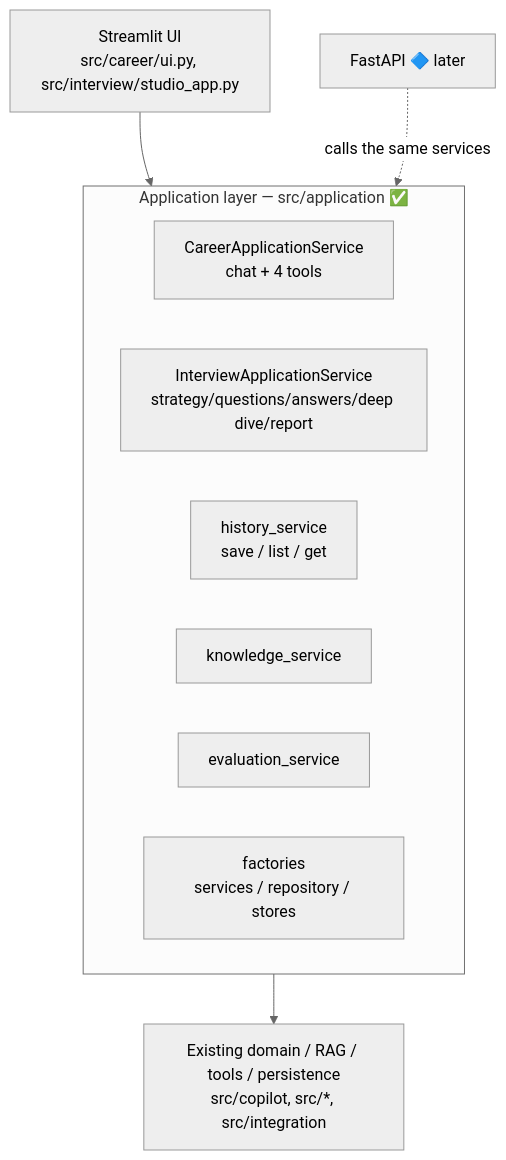
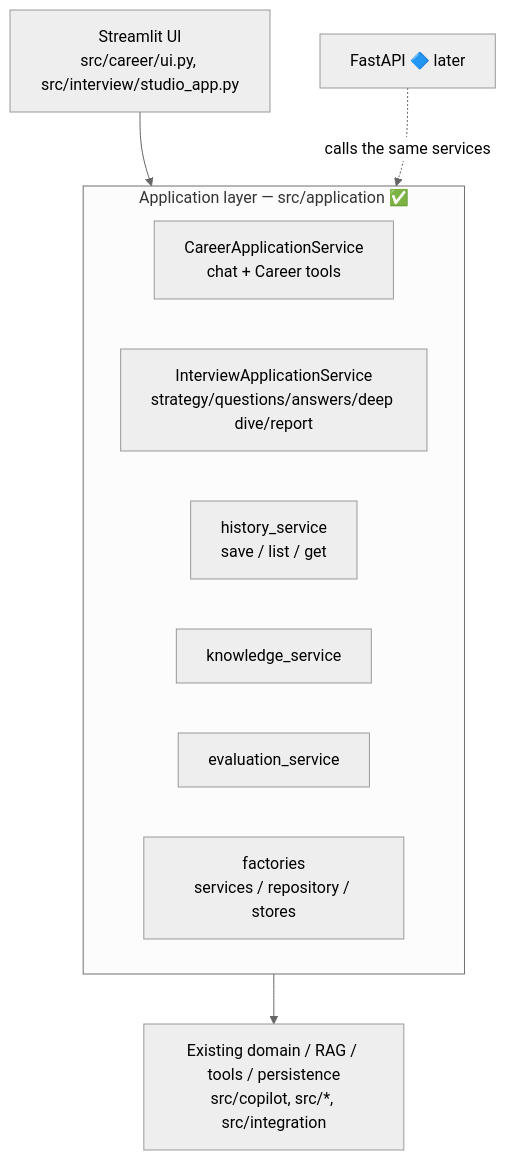
Before and after one commit to moaltamimi-unbiasedtalent/Intelligent-Interview-Coach: the third of 12 diagrams in docs/sprint4_architecture.md, drawn with Mermaid (neutral theme). The commit also changed other lines of this file and 49 other files, not shown here.

First line of the commit message:
docs: P10B-W9.11 reconcile architecture and documentation with implementation

````diff
--- a/docs/sprint4_architecture.md
+++ b/docs/sprint4_architecture.md
@@ -165,14 +237,14 @@
 ```mermaid
 flowchart TD
     ST[Streamlit UI<br/>src/career/ui.py, src/interview/studio_app.py] --> APP
     subgraph APP[Application layer — src/application  ✅]
-        CA[CareerApplicationService<br/>chat + 4 tools]
+        CA[CareerApplicationService<br/>chat + Career tools]
         IA[InterviewApplicationService<br/>strategy/questions/answers/deep dive/report]
         HS[history_service<br/>save / list / get]
         KS[knowledge_service]
         ES[evaluation_service]
         FA[factories<br/>services / repository / stores]
     end
     APP --> DOM[Existing domain / RAG / tools / persistence<br/>src/copilot, src/*, src/integration]
     FUT[FastAPI  🔷 later] -.calls the same services.-> APP
 ```
````
